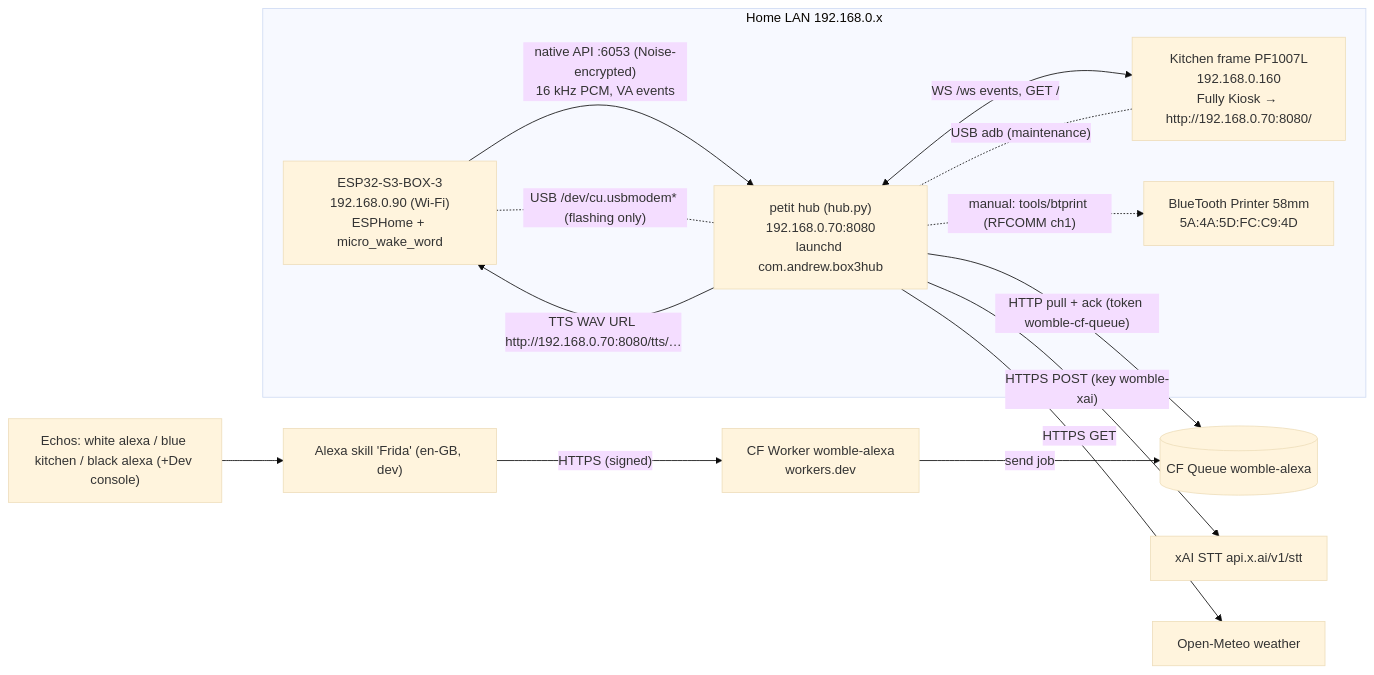
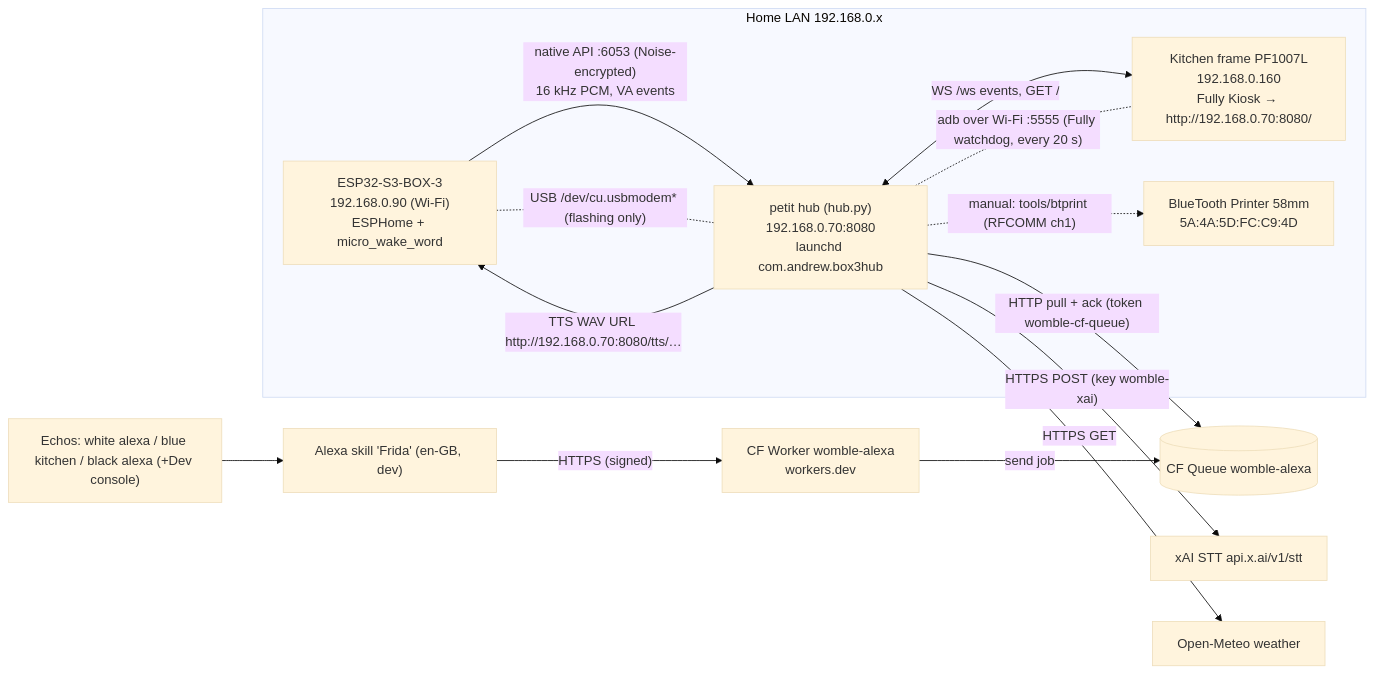
The diagram in docs/WOMBLE-SPEC.md (wttp3/womble), drawn with Mermaid (base theme) before and after one commit. The commit also changed other lines of this file and 3 other files, not shown here.

````diff
--- a/docs/WOMBLE-SPEC.md
+++ b/docs/WOMBLE-SPEC.md
@@ -11,25 +21,25 @@
 ```mermaid
 flowchart LR
   subgraph Home LAN 192.168.0.x
     BOX3["ESP32-S3-BOX-3\n192.168.0.90 (Wi-Fi)\nESPHome + micro_wake_word"]
     HUB["petit hub (hub.py)\n192.168.0.70:8080\nlaunchd com.andrew.box3hub"]
     FRAME["Kitchen frame PF1007L\n192.168.0.160\nFully Kiosk → http://192.168.0.70:8080/"]
     PRN["BlueTooth Printer 58mm\n5A:4A:5D:FC:C9:4D"]
   end
   ECHO["Echos: white alexa / blue kitchen / black alexa (+Dev console)"]
   ASK["Alexa skill 'Frida' (en-GB, dev)"]
   W["CF Worker womble-alexa\nworkers.dev"]
   Q[("CF Queue womble-alexa")]
   XAI["xAI STT api.x.ai/v1/stt"]
   OM["Open-Meteo weather"]
   BOX3 -- "native API :6053 (Noise-encrypted)\n16 kHz PCM, VA events" --> HUB
   HUB -- "TTS WAV URL http://192.168.0.70:8080/tts/…" --> BOX3
   HUB <-- "WS /ws events, GET /" --> FRAME
   HUB -- "HTTPS POST (key womble-xai)" --> XAI
   HUB -- "HTTPS GET" --> OM
   ECHO --> ASK -- "HTTPS (signed)" --> W -- "send job" --> Q
   HUB -- "HTTP pull + ack (token womble-cf-queue)" --> Q
   HUB -. "manual: tools/btprint (RFCOMM ch1)" .-> PRN
-  FRAME -. "USB adb (maintenance)" .- HUB
+  HUB -. "adb over Wi-Fi :5555 (Fully watchdog, every 20 s)" .- FRAME
   BOX3 -. "USB /dev/cu.usbmodem* (flashing only)" .- HUB
 ```
````
